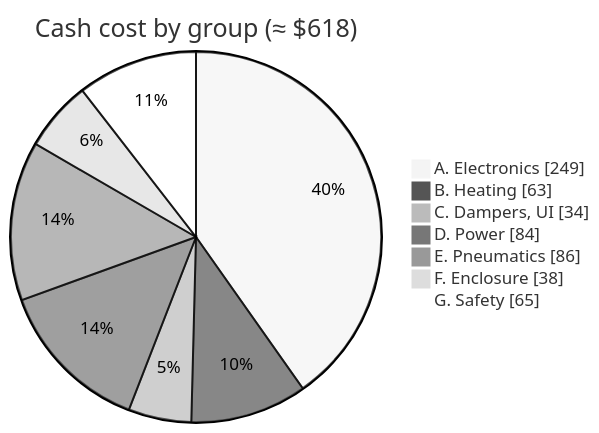
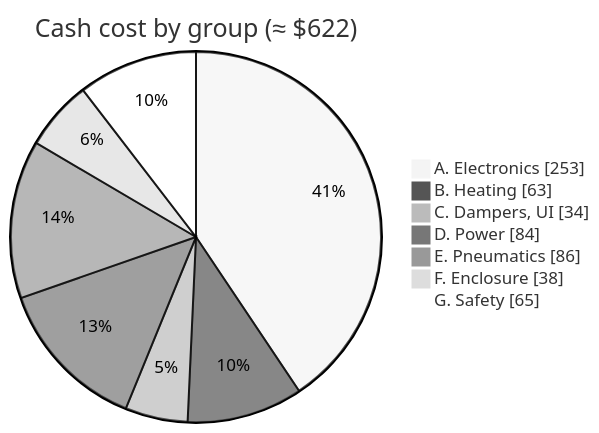
The diagram in docs/03_bill_of_materials.md (BashfulBits/3dp-fleet-exhaust), drawn with Mermaid (neutral theme) before and after one commit. The commit also changed other lines of this file and 5 other files, not shown here.

````diff
--- a/docs/03_bill_of_materials.md
+++ b/docs/03_bill_of_materials.md
@@ -28,11 +28,11 @@
 ```mermaid
 pie showData
-  title Cash cost by group (≈ $618)
-  "A. Electronics" : 249
+  title Cash cost by group (≈ $622)
+  "A. Electronics" : 253
   "B. Heating" : 63
   "C. Dampers, UI" : 34
   "D. Power" : 84
   "E. Pneumatics" : 86
   "F. Enclosure" : 38
   "G. Safety" : 65
 ```
````
